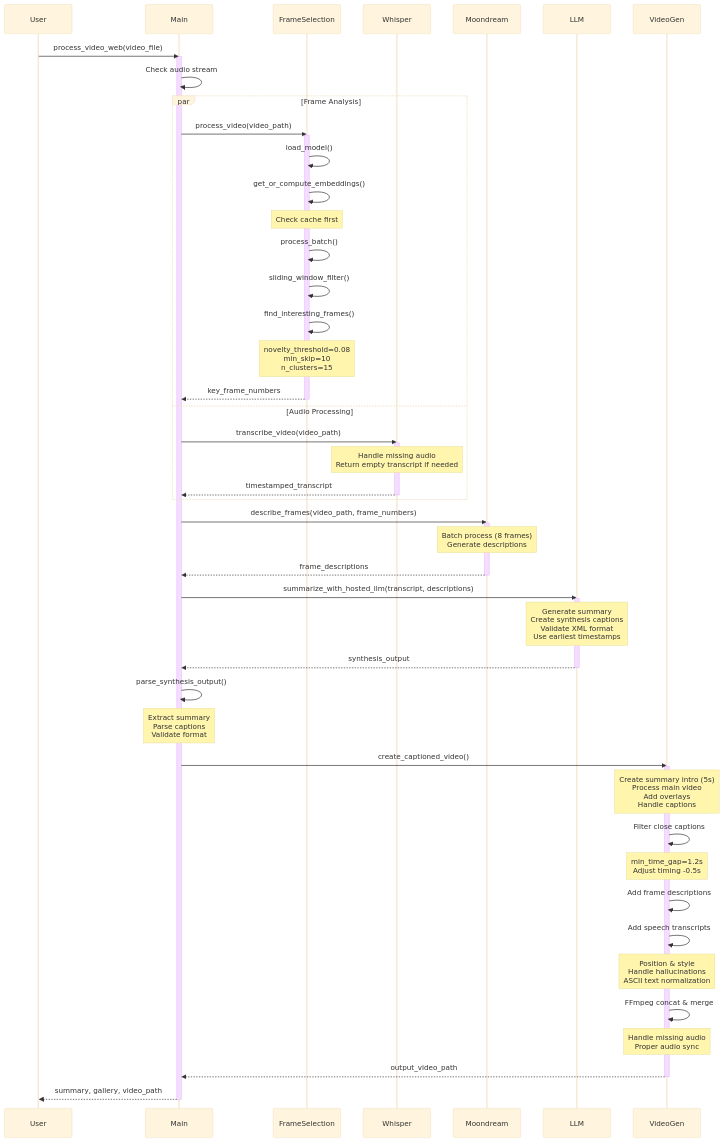
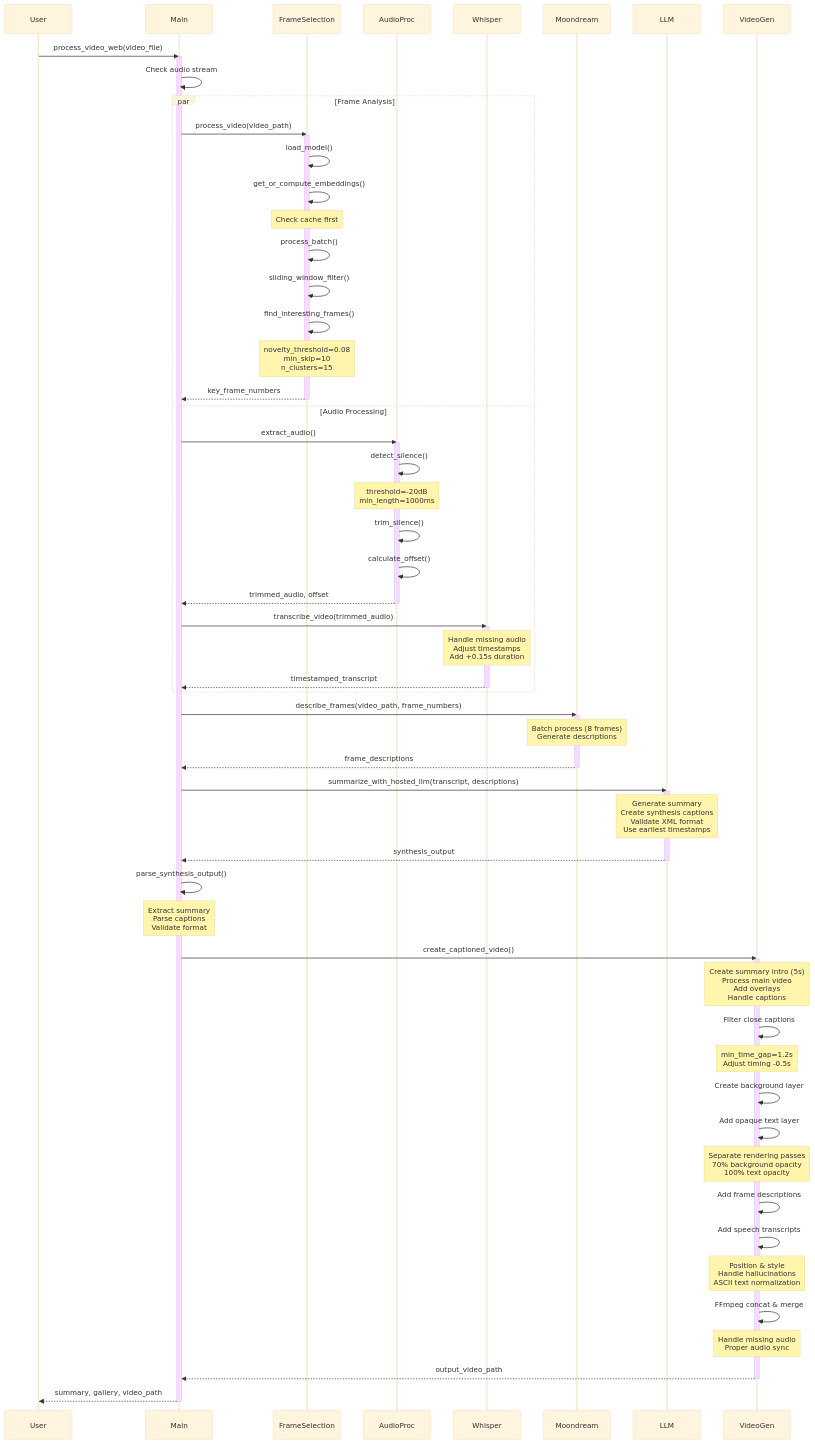
Before and after one commit to parsakhaz/video-understanding-engine: the second of 2 diagrams in README.md, drawn with Mermaid (base theme). The commit also changed other lines of this file and 2 other files, not shown here.

Commit message:
better whisper transcription timing, silence removal, updated readme

````diff
--- a/README.md
+++ b/README.md
@@ -124,66 +130,78 @@
 ```mermaid
 sequenceDiagram
     participant User
     participant Main
     participant FrameSelection
+    participant AudioProc
     participant Whisper
     participant Moondream
     participant LLM
     participant VideoGen
 
     User->>Main: process_video_web(video_file)
     activate Main
     
     Main->>Main: Check audio stream
     
     par Frame Analysis
         Main->>FrameSelection: process_video(video_path)
         activate FrameSelection
         FrameSelection->>FrameSelection: load_model()
         FrameSelection->>FrameSelection: get_or_compute_embeddings()
         Note over FrameSelection: Check cache first
         FrameSelection->>FrameSelection: process_batch()
         FrameSelection->>FrameSelection: sliding_window_filter()
         FrameSelection->>FrameSelection: find_interesting_frames()
         Note over FrameSelection: novelty_threshold=0.08<br/>min_skip=10<br/>n_clusters=15
         FrameSelection-->>Main: key_frame_numbers
         deactivate FrameSelection
     and Audio Processing
-        Main->>Whisper: transcribe_video(video_path)
+        Main->>AudioProc: extract_audio()
+        activate AudioProc
+        AudioProc->>AudioProc: detect_silence()
+        Note over AudioProc: threshold=-20dB<br/>min_length=1000ms
+        AudioProc->>AudioProc: trim_silence()
+        AudioProc->>AudioProc: calculate_offset()
+        AudioProc-->>Main: trimmed_audio, offset
+        deactivate AudioProc
+        Main->>Whisper: transcribe_video(trimmed_audio)
         activate Whisper
-        Note over Whisper: Handle missing audio<br/>Return empty transcript if needed
+        Note over Whisper: Handle missing audio<br/>Adjust timestamps<br/>Add +0.15s duration
         Whisper-->>Main: timestamped_transcript
         deactivate Whisper
     end
 
     Main->>Moondream: describe_frames(video_path, frame_numbers)
     activate Moondream
     Note over Moondream: Batch process (8 frames)<br/>Generate descriptions
     Moondream-->>Main: frame_descriptions
     deactivate Moondream
 
     Main->>LLM: summarize_with_hosted_llm(transcript, descriptions)
     activate LLM
     Note over LLM: Generate summary<br/>Create synthesis captions<br/>Validate XML format<br/>Use earliest timestamps
     LLM-->>Main: synthesis_output
     deactivate LLM
 
     Main->>Main: parse_synthesis_output()
     Note over Main: Extract summary<br/>Parse captions<br/>Validate format
 
     Main->>VideoGen: create_captioned_video()
     activate VideoGen
     Note over VideoGen: Create summary intro (5s)<br/>Process main video<br/>Add overlays<br/>Handle captions
     VideoGen->>VideoGen: Filter close captions
     Note over VideoGen: min_time_gap=1.2s<br/>Adjust timing -0.5s
+    VideoGen->>VideoGen: Create background layer
+    VideoGen->>VideoGen: Add opaque text layer
+    Note over VideoGen: Separate rendering passes<br/>70% background opacity<br/>100% text opacity
     VideoGen->>VideoGen: Add frame descriptions
     VideoGen->>VideoGen: Add speech transcripts
     Note over VideoGen: Position & style<br/>Handle hallucinations<br/>ASCII text normalization
     VideoGen->>VideoGen: FFmpeg concat & merge
     Note over VideoGen: Handle missing audio<br/>Proper audio sync
     VideoGen-->>Main: output_video_path
     deactivate VideoGen
 
     Main-->>User: summary, gallery, video_path
     deactivate Main
 ```
````
